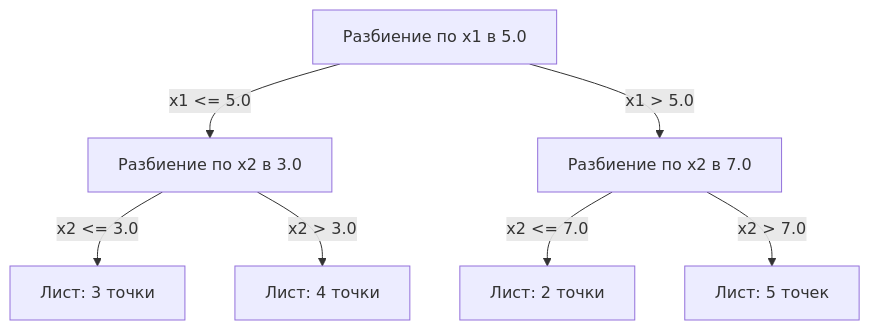
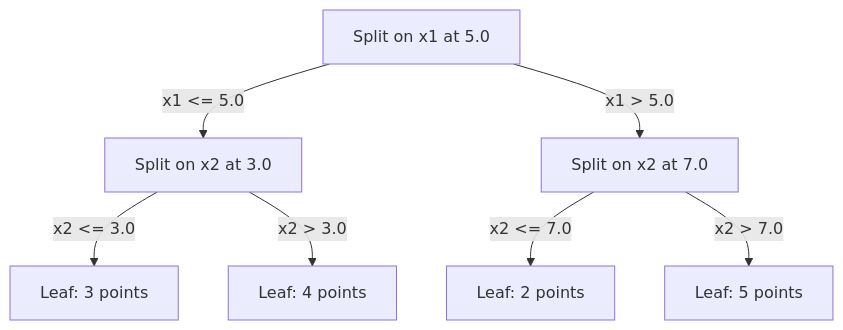
One commit to stabuev/ai-engineering-from-scratch changed the third of 3 diagrams in phases/02-ml-fundamentals/06-knn-and-distances/docs/ru.md. Above: the diagram before and after it, drawn with Mermaid. The commit also changed other lines of this file and 182 other files, not shown here.

````diff
--- a/phases/02-ml-fundamentals/06-knn-and-distances/docs/ru.md
+++ b/phases/02-ml-fundamentals/06-knn-and-distances/docs/ru.md
@@ -169,9 +169,9 @@
 ```mermaid
 graph TD
-    R["Разбиение по x1 в 5.0"] -->|"x1 <= 5.0"| L["Разбиение по x2 в 3.0"]
-    R -->|"x1 > 5.0"| RR["Разбиение по x2 в 7.0"]
-    L -->|"x2 <= 3.0"| LL["Лист: 3 точки"]
-    L -->|"x2 > 3.0"| LR["Лист: 4 точки"]
-    RR -->|"x2 <= 7.0"| RL["Лист: 2 точки"]
-    RR -->|"x2 > 7.0"| RRR["Лист: 5 точек"]
+    R["Split on x1 at 5.0"] -->|"x1 <= 5.0"| L["Split on x2 at 3.0"]
+    R -->|"x1 > 5.0"| RR["Split on x2 at 7.0"]
+    L -->|"x2 <= 3.0"| LL["Leaf: 3 points"]
+    L -->|"x2 > 3.0"| LR["Leaf: 4 points"]
+    RR -->|"x2 <= 7.0"| RL["Leaf: 2 points"]
+    RR -->|"x2 > 7.0"| RRR["Leaf: 5 points"]
 ```
````
